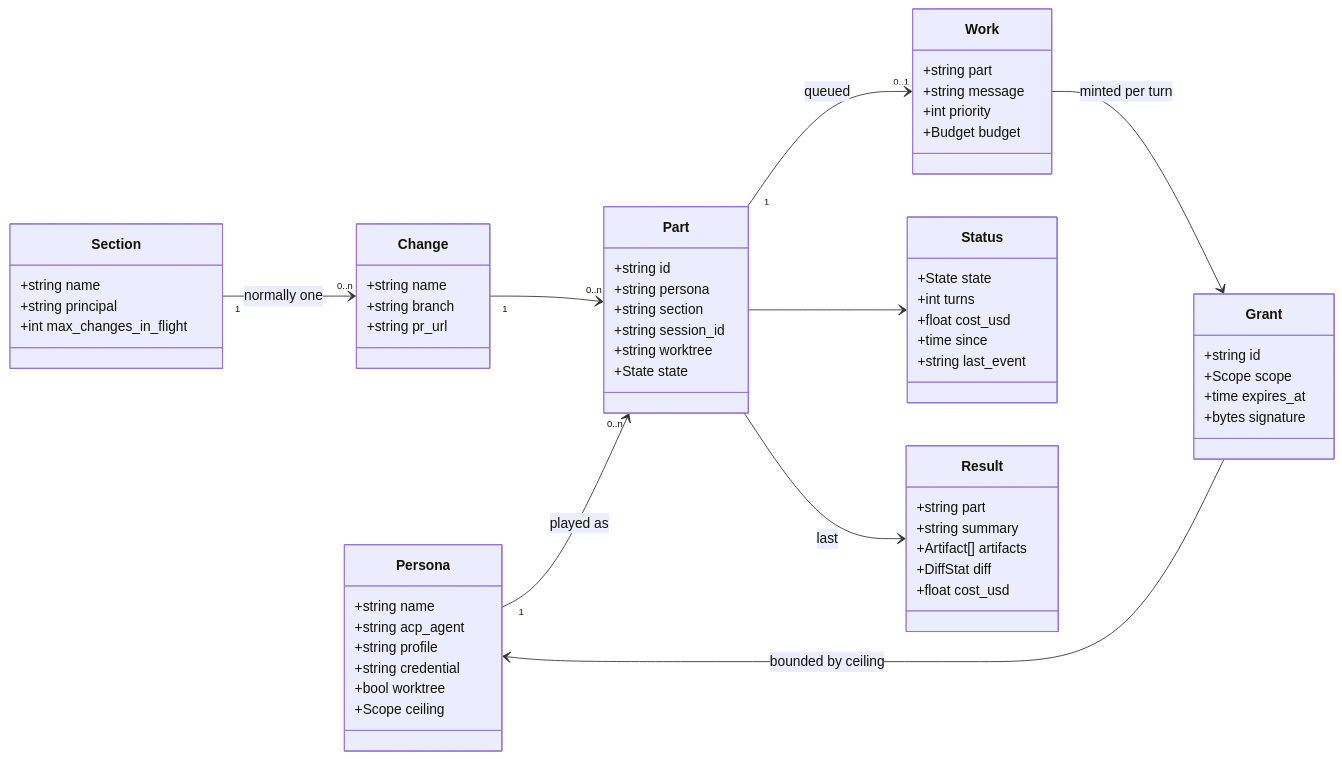
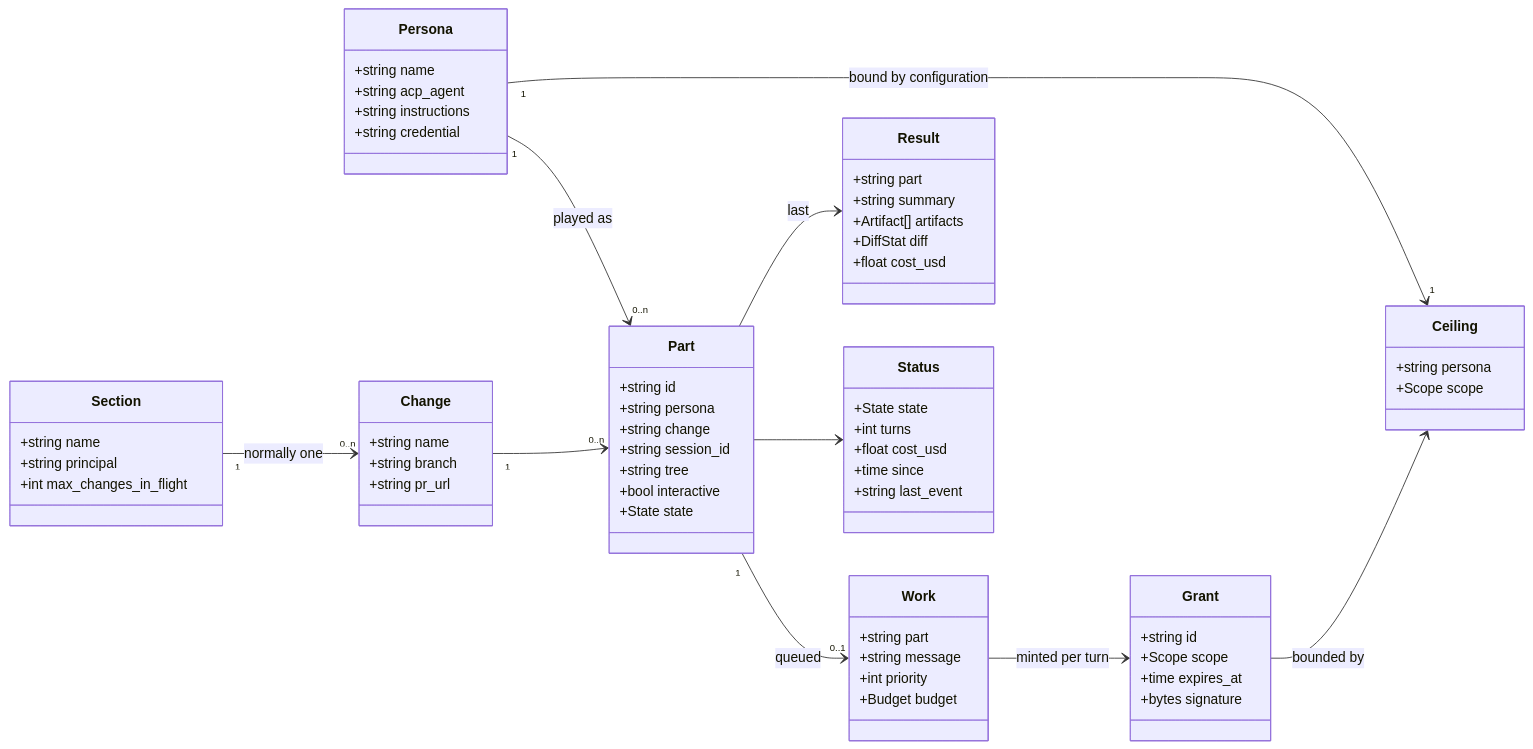
Before and after one commit to noclearreaction/symphony-maestro: the third of 6 diagrams in docs/ensemble/README.md, drawn with Mermaid. The commit also changed other lines of this file and 1 other file, not shown here.

````diff
--- a/docs/ensemble/README.md
+++ b/docs/ensemble/README.md
@@ -589,64 +631,68 @@
 ```mermaid
 classDiagram
   direction LR
   class Persona {
     +string name
     +string acp_agent
-    +string profile
+    +string instructions
     +string credential
-    +bool worktree
-    +Scope ceiling
+  }
+  class Ceiling {
+    +string persona
+    +Scope scope
   }
   class Part {
     +string id
     +string persona
-    +string section
+    +string change
     +string session_id
-    +string worktree
+    +string tree
+    +bool interactive
     +State state
   }
   class Work {
     +string part
     +string message
     +int priority
     +Budget budget
   }
   class Grant {
     +string id
     +Scope scope
     +time expires_at
     +bytes signature
   }
   class Status {
     +State state
     +int turns
     +float cost_usd
     +time since
     +string last_event
   }
   class Result {
     +string part
     +string summary
     +Artifact[] artifacts
     +DiffStat diff
     +float cost_usd
   }
   class Section {
     +string name
     +string principal
     +int max_changes_in_flight
   }
   class Change {
     +string name
     +string branch
     +string pr_url
   }
   Section "1" --> "0..n" Change : normally one
   Change "1" --> "0..n" Part
   Persona "1" --> "0..n" Part : played as
   Part "1" --> "0..1" Work : queued
   Work --> Grant : minted per turn
-  Grant --> Persona : bounded by ceiling
+  Persona "1" --> "1" Ceiling : bound by configuration
+  Grant --> Ceiling : bounded by
   Part --> Status
   Part --> Result : last
 ```
````
